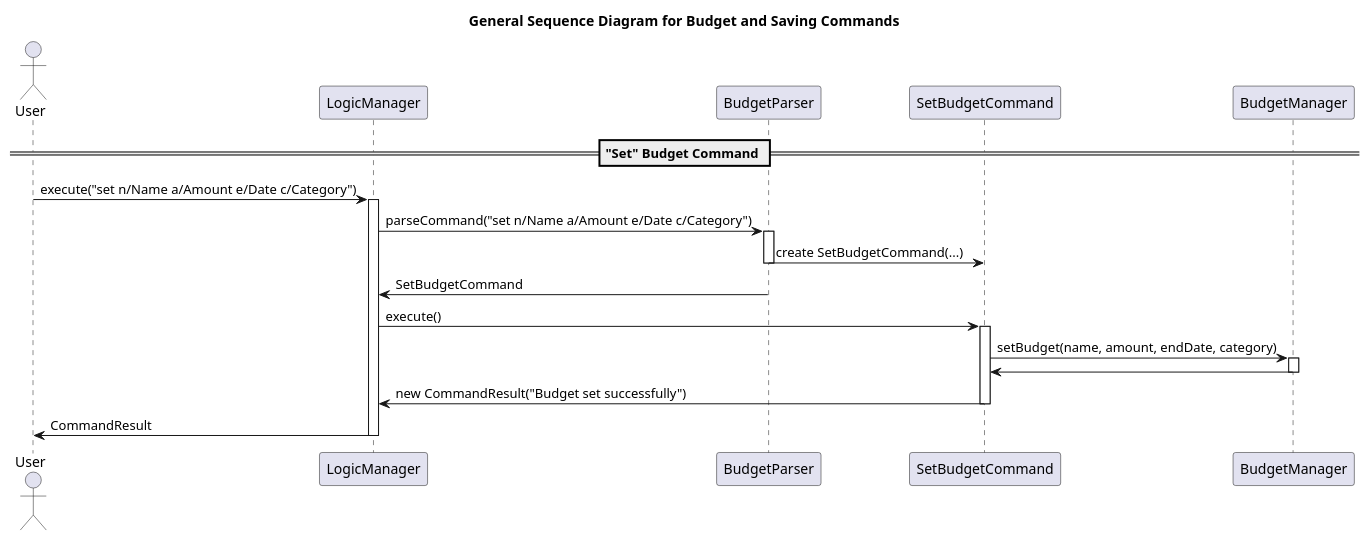
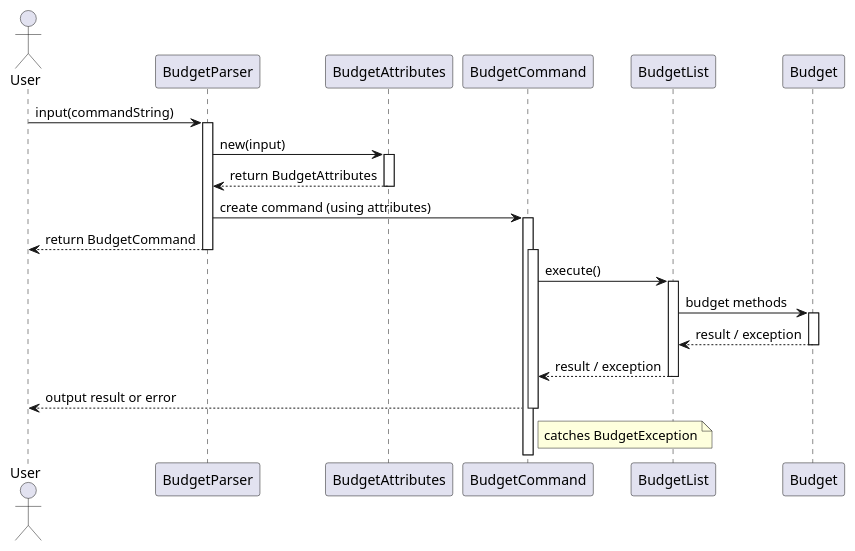
The diagram in docs/diagrams/BudgetSavingSequence.puml (trunghjieu2506/tp), drawn with PlantUML before and after one commit. The commit also changed 12 other files, not shown here.

```diff
--- a/docs/diagrams/BudgetSavingSequence.puml
+++ b/docs/diagrams/BudgetSavingSequence.puml
@@ -1,39 +1,35 @@
 @startuml
-title General Sequence Diagram for Budget and Saving Commands
+actor User
 
+User -> BudgetParser : input(commandString)
+activate BudgetParser
 
-hide circle
-skinparam classAttributeIconSize 0
+BudgetParser -> BudgetAttributes : new(input)
+activate BudgetAttributes
+BudgetAttributes --> BudgetParser : return BudgetAttributes
+deactivate BudgetAttributes
 
-actor User
-participant LogicManager
-participant BudgetParser
-participant SetBudgetCommand
-participant BudgetManager
-
-
-== "Set" Budget Command ==
-User -> LogicManager: execute("set n/Name a/Amount e/Date c/Category")
-activate LogicManager
-
-LogicManager -> BudgetParser: parseCommand("set n/Name a/Amount e/Date c/Category")
-activate BudgetParser
-BudgetParser -> SetBudgetCommand: create SetBudgetCommand(...)
+BudgetParser -> BudgetCommand : create command (using attributes)
+activate BudgetCommand
+BudgetParser --> User : return BudgetCommand
 deactivate BudgetParser
 
-LogicManager <- BudgetParser: SetBudgetCommand
-LogicManager -> SetBudgetCommand: execute()
-activate SetBudgetCommand
+activate BudgetCommand
 
-SetBudgetCommand -> BudgetManager: setBudget(name, amount, endDate, category)
-activate BudgetManager
-BudgetManager -> SetBudgetCommand:
-deactivate BudgetManager
+BudgetCommand -> BudgetList : execute()
+activate BudgetList
 
-SetBudgetCommand -> LogicManager: new CommandResult("Budget set successfully")
-deactivate SetBudgetCommand
+BudgetList -> Budget : budget methods
+activate Budget
+Budget --> BudgetList : result / exception
+deactivate Budget
 
-LogicManager -> User: CommandResult
-deactivate LogicManager
+BudgetList --> BudgetCommand : result / exception
+deactivate BudgetList
+
+BudgetCommand --> User : output result or error
+deactivate BudgetCommand
+
+note right of BudgetCommand : catches BudgetException
 
 @enduml
```
